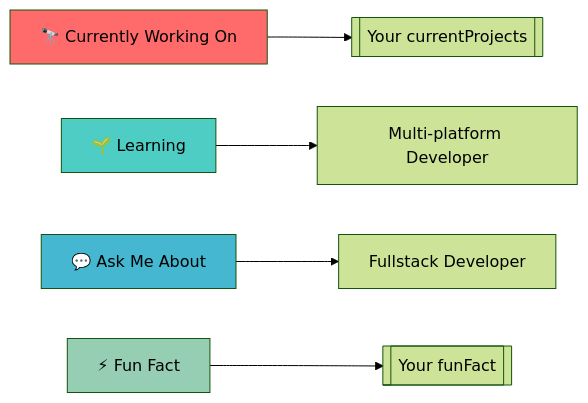
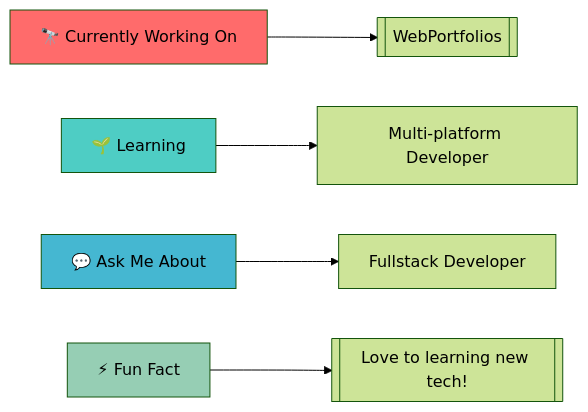
The diagram in README.md (luckydxd/luckydxd), drawn with Mermaid (forest theme) before and after one commit. The commit also changed other lines of this file, not shown here.

````diff
--- a/README.md
+++ b/README.md
@@ -166,12 +168,12 @@
 ```mermaid
 graph LR
-    A[🔭 Currently Working On] --> B[[Your currentProjects]]
+    A[🔭 Currently Working On] --> B[[WebPortfolios]]
     C[🌱 Learning] --> D[Multi-platform Developer]
     E[💬 Ask Me About] --> F[Fullstack Developer]
-    G[⚡ Fun Fact] --> H[[Your funFact]]
+    G[⚡ Fun Fact] --> H[[Love to learning new tech!]]
     
     style A fill:#ff6b6b
     style C fill:#4ecdc4
     style E fill:#45b7d1
     style G fill:#96ceb4
 ```
````
